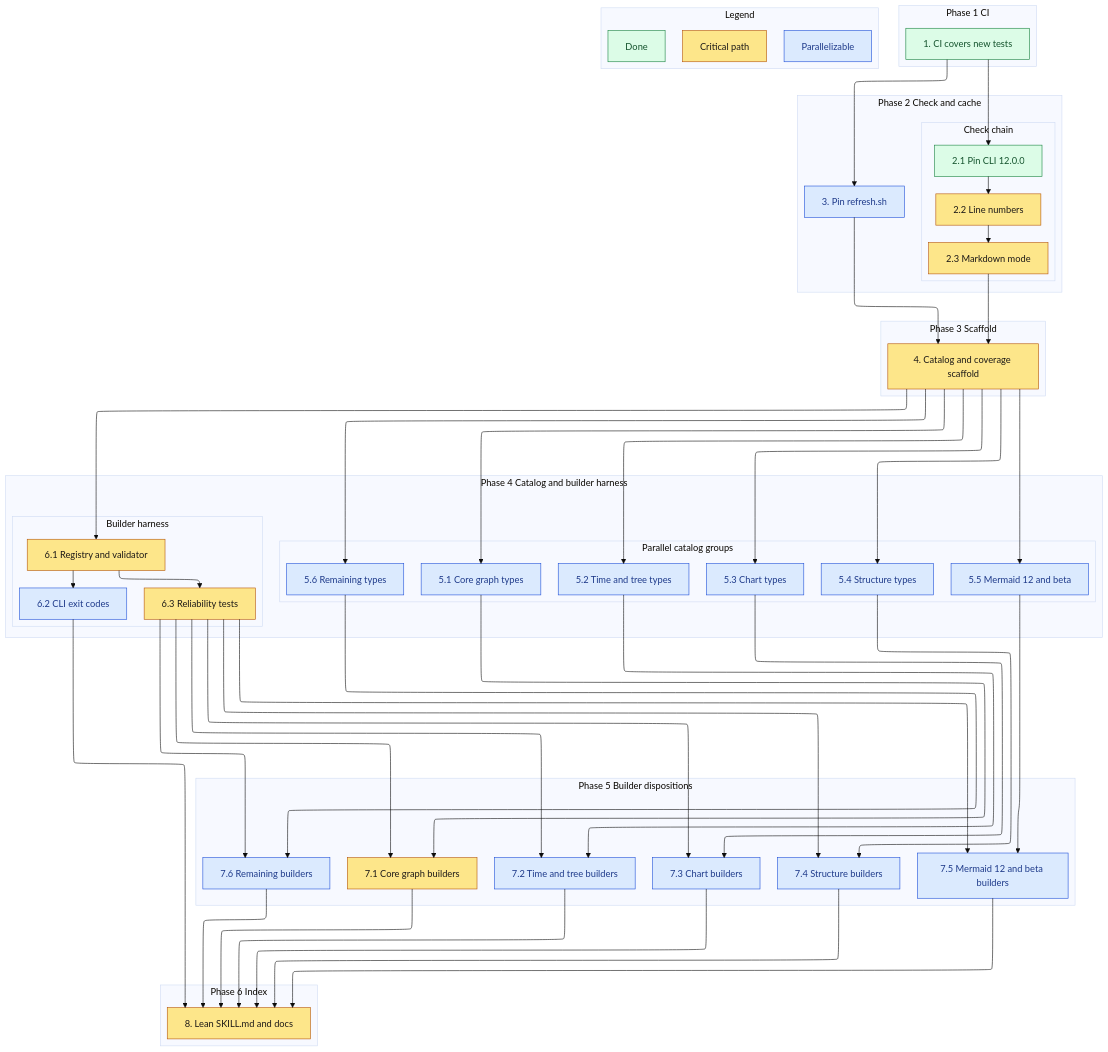
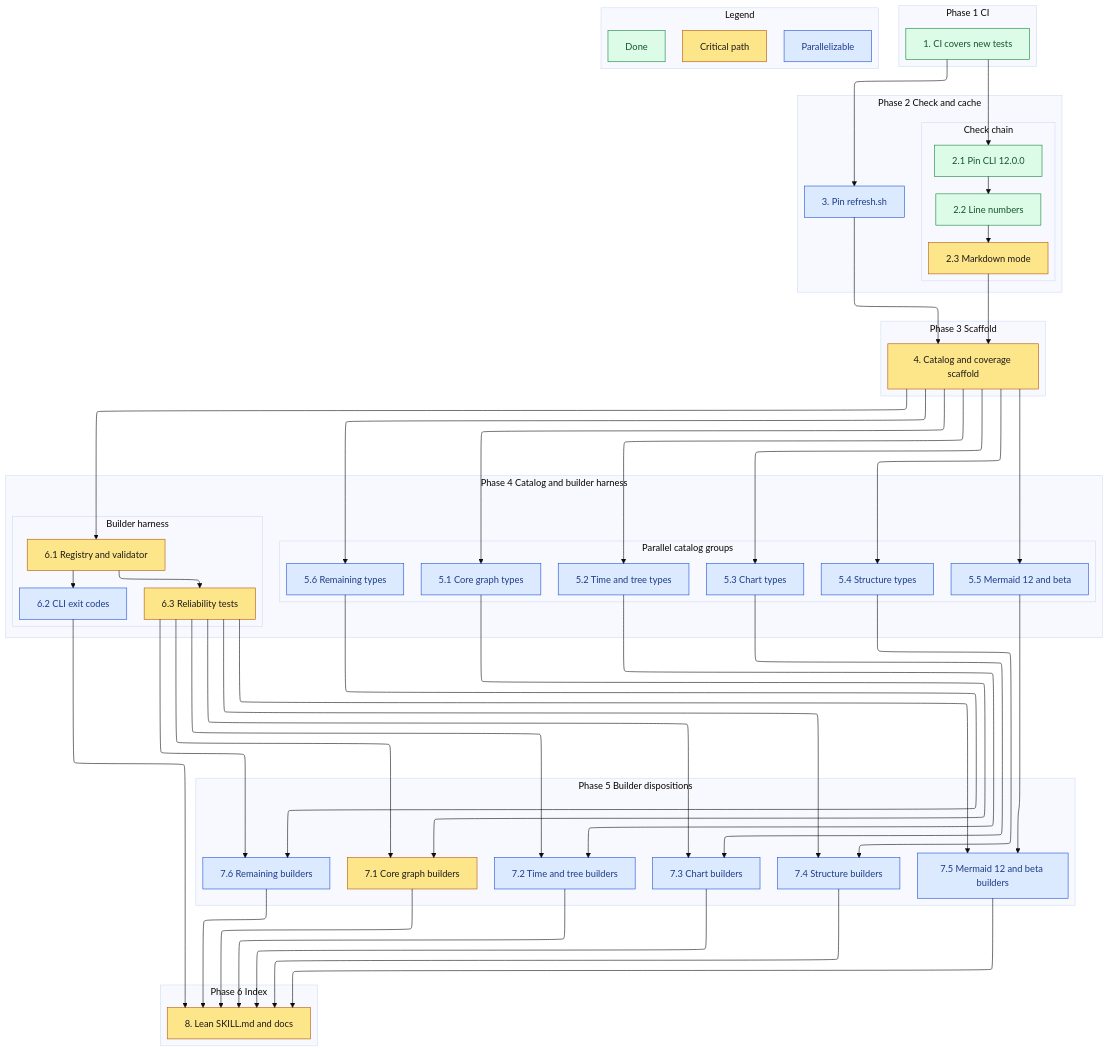
The diagram in .kiro/specs/mermaid-catalog/tasks.md (sohampatwardhan/mermaid-skill), drawn with Mermaid (base theme) before and after one commit. The commit also changed other lines of this file and 2 other files, not shown here.

Commit message:
feat(check): report the failing source line
Task 2.2 of .kiro/specs/mermaid-catalog/tasks.md
Requirements: 3.4, 3.5, 3.6
Refs #2

````diff
--- a/.kiro/specs/mermaid-catalog/tasks.md
+++ b/.kiro/specs/mermaid-catalog/tasks.md
@@ -94,7 +94,7 @@
   classDef critical fill:#fde68a,stroke:#b45309,color:#1c1917
   classDef parallel fill:#dbeafe,stroke:#1d4ed8,color:#1e3a8a
   classDef done fill:#dcfce7,stroke:#15803d,color:#14532d
-  class t1,t2_1,ld done
-  class t2_2,t2_3,t4,t6_1,t6_3,t7_1,t8,lc critical
+  class t1,t2_1,t2_2,ld done
+  class t2_3,t4,t6_1,t6_3,t7_1,t8,lc critical
   class t3,t5_1,t5_2,t5_3,t5_4,t5_5,t5_6,t6_2,t7_2,t7_3,t7_4,t7_5,t7_6,lp parallel
 ```
````
